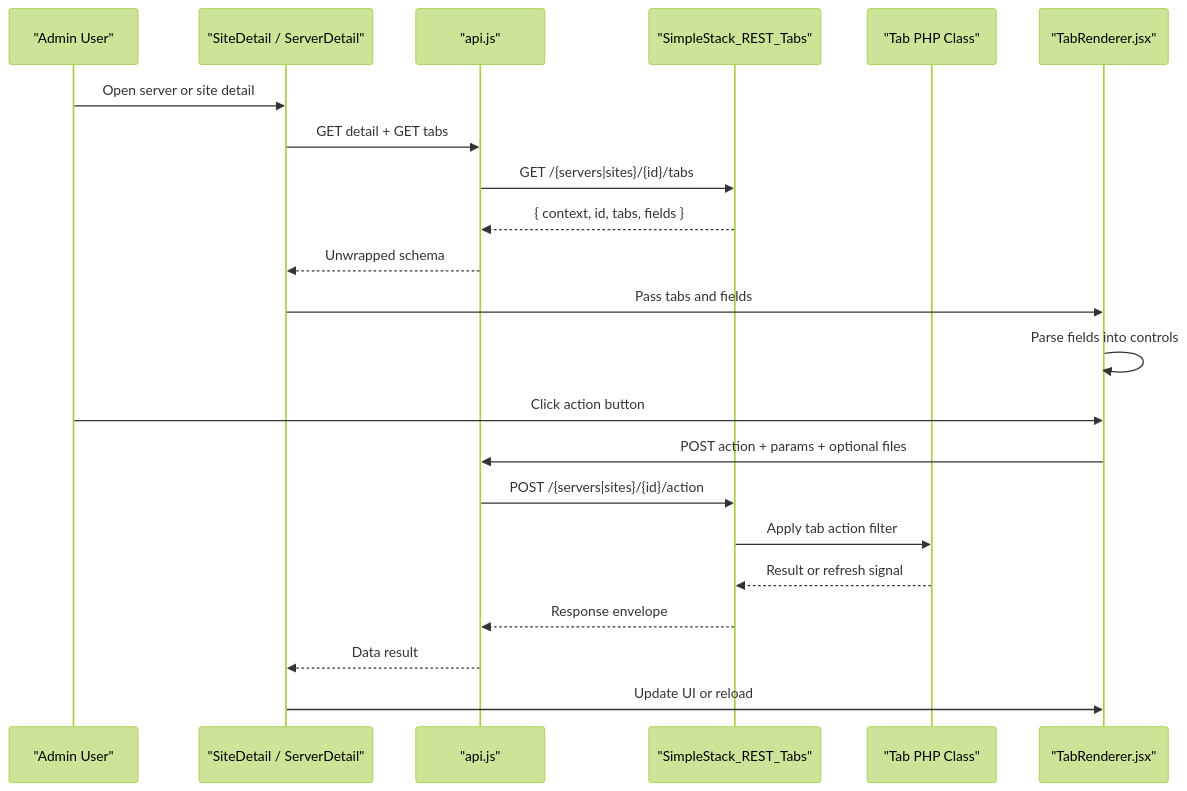
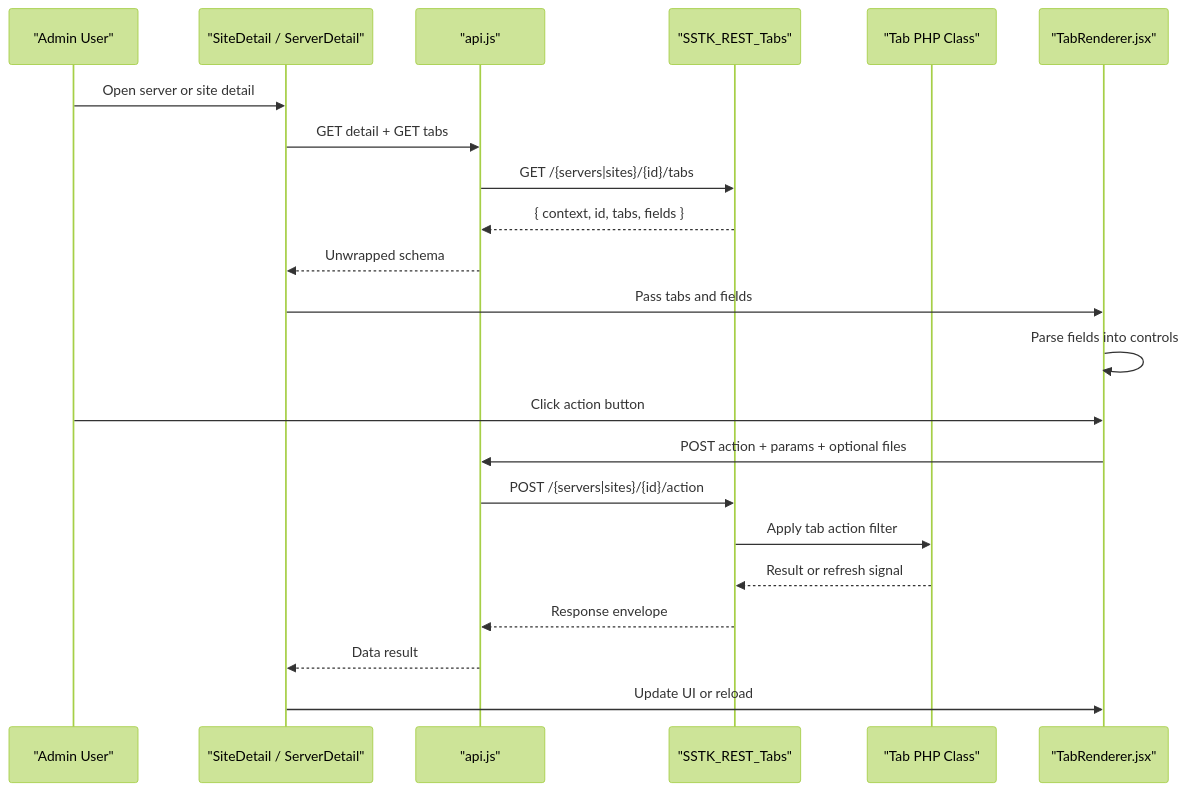
The second of 9 diagrams in .qoder/repowiki/en/content/WordPress Application Engine/Customization & Extension Points/Admin Interface Extension System.md (onedogsolutions/simple-stack), drawn with Mermaid (forest theme) before and after one commit. The commit also changed other lines of this file and 5941 other files, not shown here.

First line of the commit message:
refactor(core): rebrand WPCloudDeploy to Simple Stack with new namespaces and prefixes

````diff
--- a/.qoder/repowiki/en/content/WordPress Application Engine/Customization & Extension Points/Admin Interface Extension System.md
+++ b/.qoder/repowiki/en/content/WordPress Application Engine/Customization & Extension Points/Admin Interface Extension System.md
@@ -120,24 +120,24 @@
 ```mermaid
 sequenceDiagram
 participant User as "Admin User"
 participant Route as "SiteDetail / ServerDetail"
 participant Api as "api.js"
-participant Rest as "SimpleStack_REST_Tabs"
+participant Rest as "SSTK_REST_Tabs"
 participant Handler as "Tab PHP Class"
 participant Renderer as "TabRenderer.jsx"
 User->>Route : Open server or site detail
 Route->>Api : GET detail + GET tabs
 Api->>Rest : GET /{servers|sites}/{id}/tabs
 Rest-->>Api : { context, id, tabs, fields }
 Api-->>Route : Unwrapped schema
 Route->>Renderer : Pass tabs and fields
 Renderer->>Renderer : Parse fields into controls
 User->>Renderer : Click action button
 Renderer->>Api : POST action + params + optional files
 Api->>Rest : POST /{servers|sites}/{id}/action
 Rest->>Handler : Apply tab action filter
 Handler-->>Rest : Result or refresh signal
 Rest-->>Api : Response envelope
 Api-->>Route : Data result
 Route->>Renderer : Update UI or reload
 ```
````
